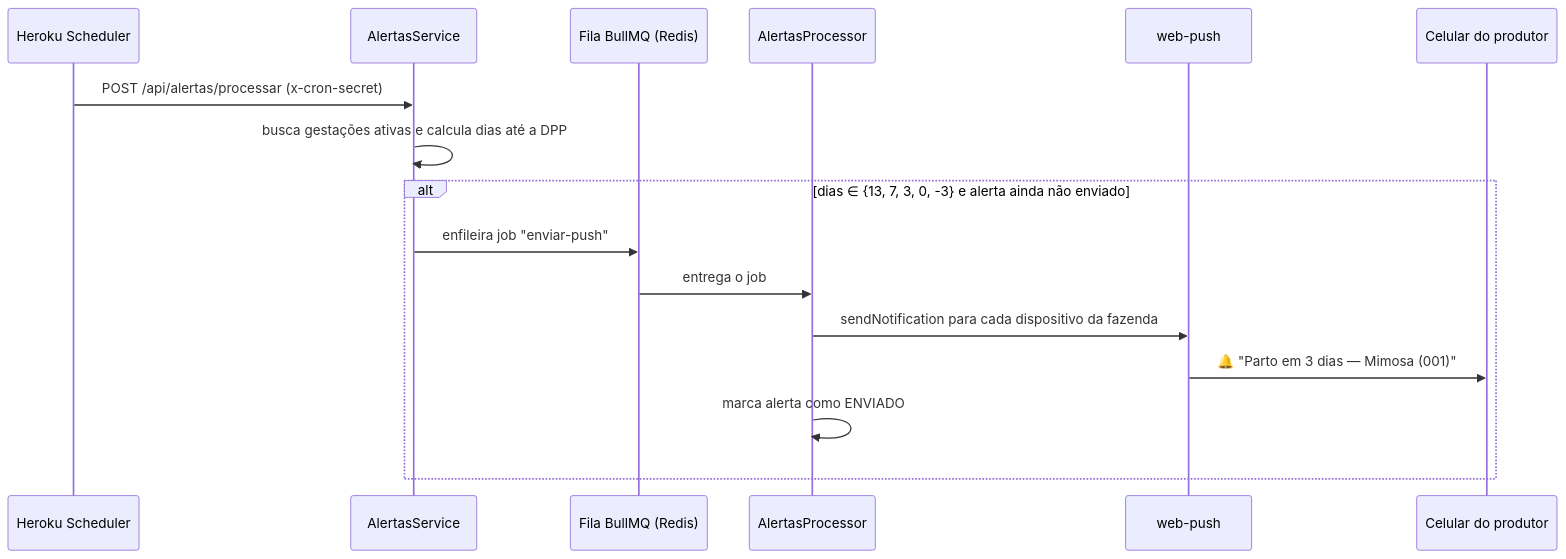
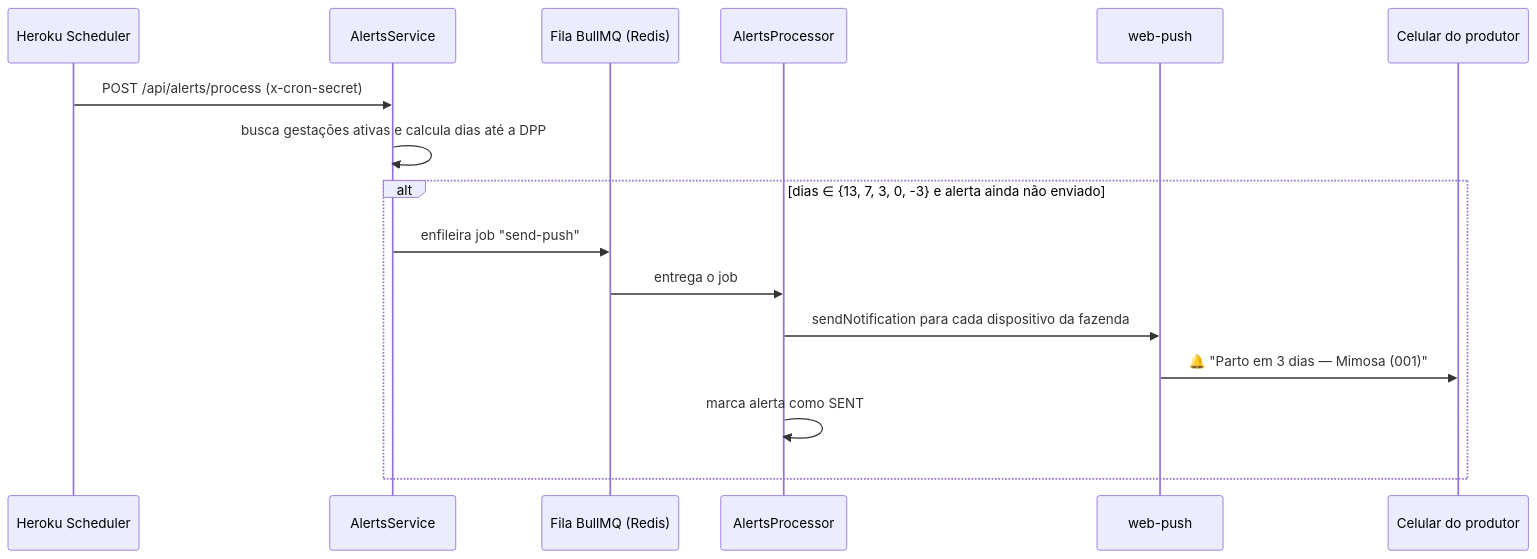
One commit to paulohrodrigues/cria-viva changed the third of 3 diagrams in README.md. Above: the diagram before and after it, drawn with Mermaid. The commit also changed other lines of this file and 114 other files, not shown here.

First line of the commit message:
refactor!: codebase 100% em inglês — schema, rotas, DTOs, comentários e front

````diff
--- a/README.md
+++ b/README.md
@@ -112,19 +112,19 @@
 ```mermaid
 sequenceDiagram
     participant S as Heroku Scheduler
-    participant A as AlertasService
+    participant A as AlertsService
     participant Q as Fila BullMQ (Redis)
-    participant P as AlertasProcessor
+    participant P as AlertsProcessor
     participant W as web-push
     participant C as Celular do produtor
 
-    S->>A: POST /api/alertas/processar (x-cron-secret)
+    S->>A: POST /api/alerts/process (x-cron-secret)
     A->>A: busca gestações ativas e calcula dias até a DPP
     alt dias ∈ {13, 7, 3, 0, -3} e alerta ainda não enviado
-        A->>Q: enfileira job "enviar-push"
+        A->>Q: enfileira job "send-push"
         Q->>P: entrega o job
         P->>W: sendNotification para cada dispositivo da fazenda
         W->>C: 🔔 "Parto em 3 dias — Mimosa (001)"
-        P->>P: marca alerta como ENVIADO
+        P->>P: marca alerta como SENT
     end
 ```
````
